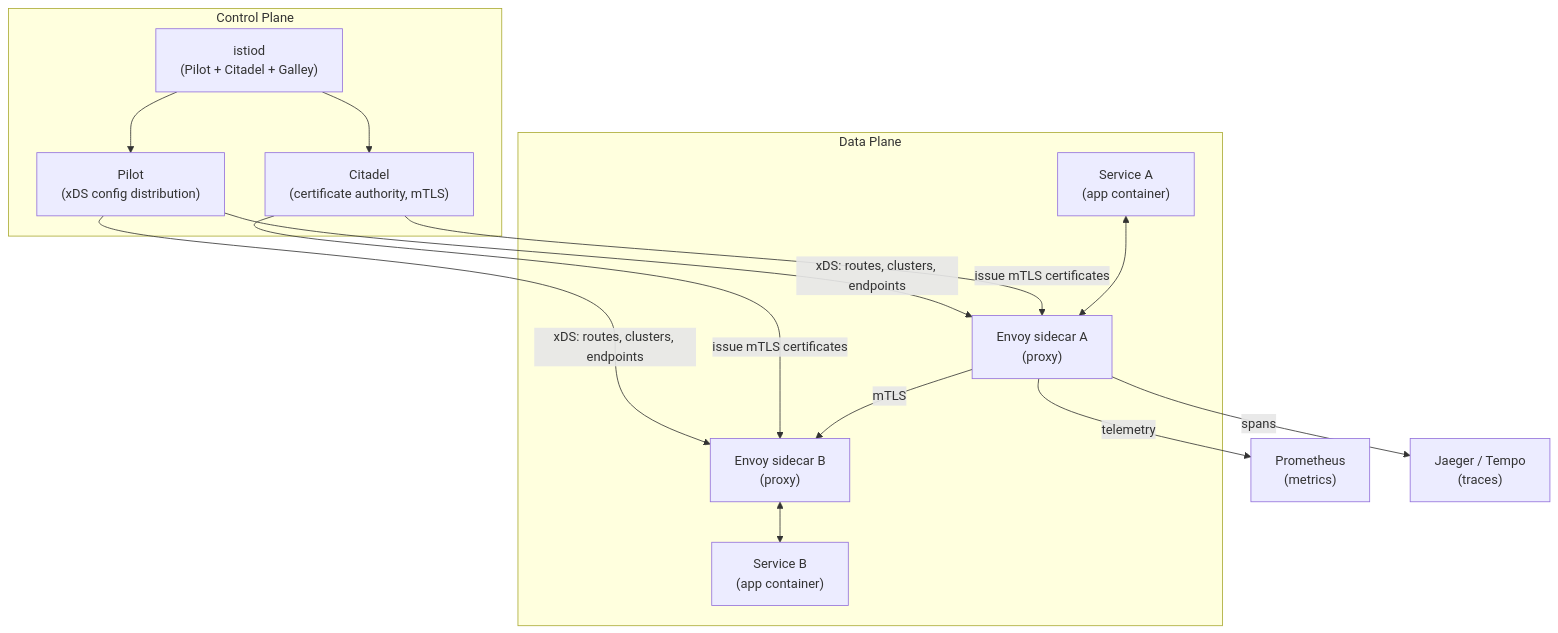
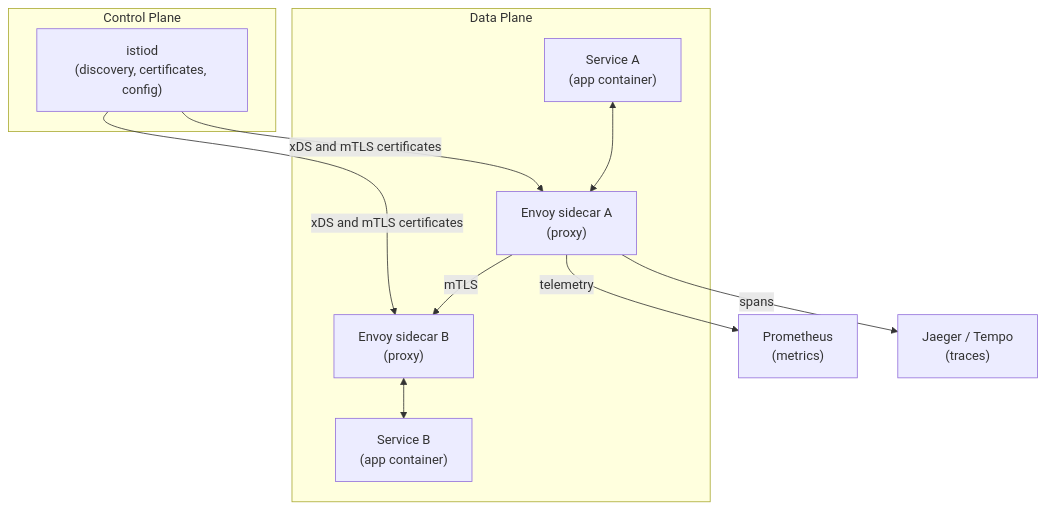
One commit to UncleJS/course_devops_career changed the third of 5 diagrams in module-15-advanced-topics.md. Above: the diagram before and after it, drawn with Mermaid. The commit also changed other lines of this file and 16 other files, not shown here.

````diff
--- a/module-15-advanced-topics.md
+++ b/module-15-advanced-topics.md
@@ -525,30 +497,24 @@
 ```mermaid
 flowchart TD
     subgraph "Control Plane"
-        ISTIOD["istiod<br/>(Pilot + Citadel + Galley)"]
-        PILOT["Pilot<br/>(xDS config distribution)"]
-        CITADEL["Citadel<br/>(certificate authority, mTLS)"]
+        ISTIOD["istiod<br/>(discovery, certificates, config)"]
     end
 
     subgraph "Data Plane"
         SA["Service A<br/>(app container)"]
         EA["Envoy sidecar A<br/>(proxy)"]
         SB["Service B<br/>(app container)"]
         EB["Envoy sidecar B<br/>(proxy)"]
     end
 
     PROM["Prometheus<br/>(metrics)"]
     JAE["Jaeger / Tempo<br/>(traces)"]
 
-    ISTIOD --> PILOT
-    ISTIOD --> CITADEL
-    PILOT -->|"xDS: routes, clusters, endpoints"| EA
-    PILOT -->|"xDS: routes, clusters, endpoints"| EB
-    CITADEL -->|"issue mTLS certificates"| EA
-    CITADEL -->|"issue mTLS certificates"| EB
+    ISTIOD -->|"xDS and mTLS certificates"| EA
+    ISTIOD -->|"xDS and mTLS certificates"| EB
     SA <--> EA
     EA -->|"mTLS"| EB
     EB <--> SB
     EA -->|"telemetry"| PROM
     EA -->|"spans"| JAE
 ```
````
